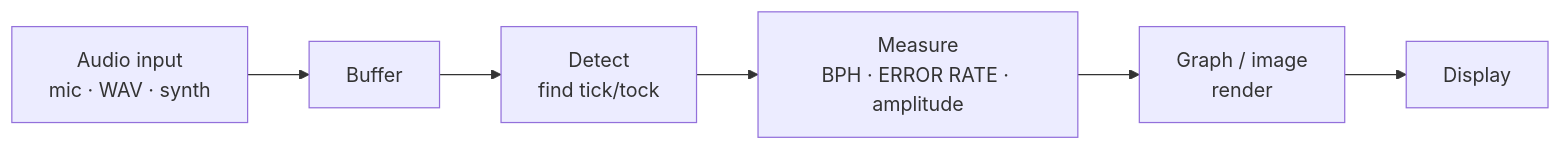
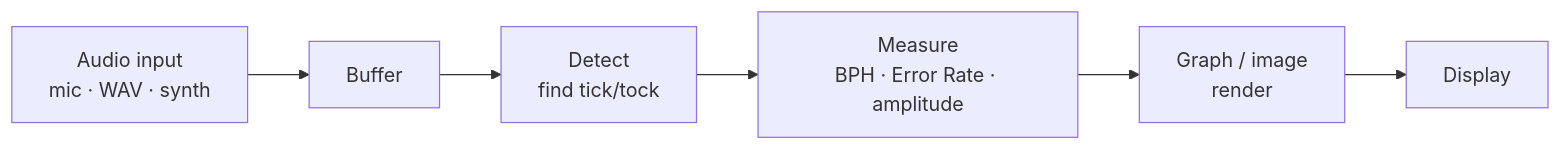
One commit to Jae-hong-5/TimeGrapher-Net changed the second of 4 diagrams in README.md. Above: the diagram before and after it, drawn with Mermaid. The commit also changed other lines of this file and 63 other files, not shown here.

First line of the commit message:
chore: title-case error rate terminology

````diff
--- a/README.md
+++ b/README.md
@@ -190,8 +190,8 @@
 ```mermaid
 flowchart LR
     A["Audio input<br/>mic · WAV · synth"] --> B["Buffer"]
     B --> C["Detect<br/>find tick/tock"]
-    C --> D["Measure<br/>BPH · ERROR RATE · amplitude"]
+    C --> D["Measure<br/>BPH · Error Rate · amplitude"]
     D --> E["Graph / image<br/>render"]
     E --> F["Display"]
 ```
````
